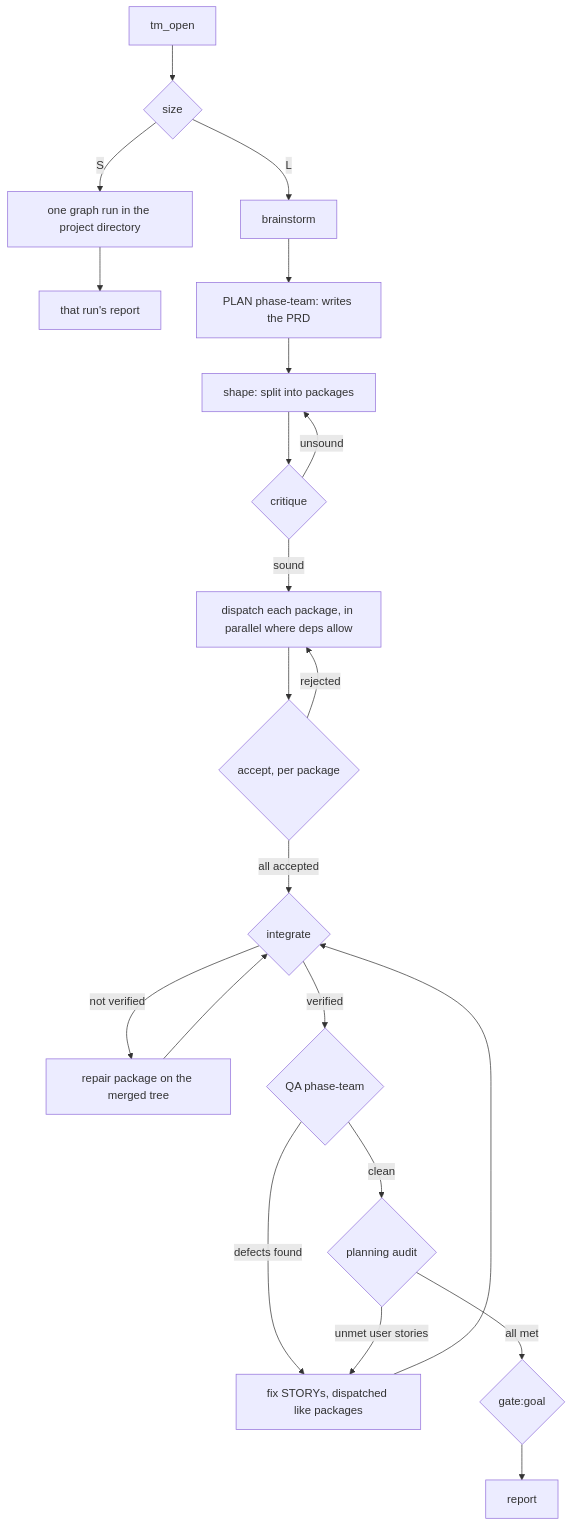
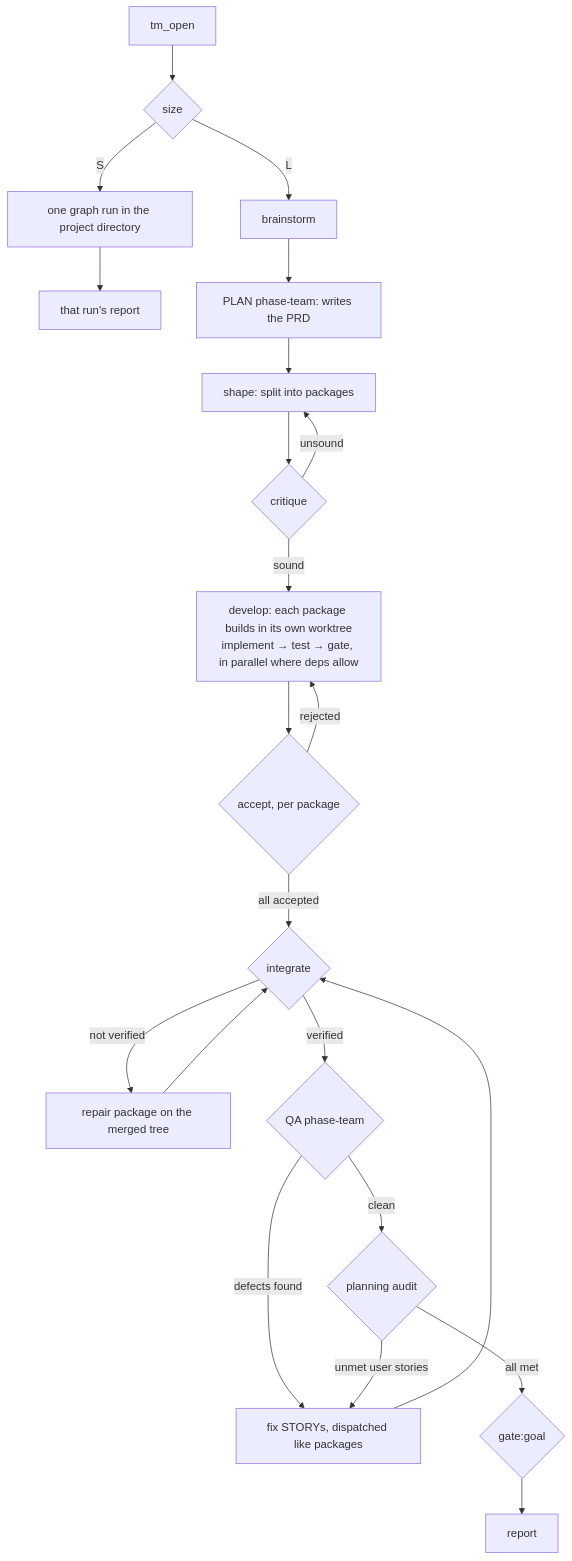
Before and after one commit to newkayak12/claude-skills: the second of 5 diagrams in teams/KOR.md, drawn with Mermaid. The commit also changed other lines of this file and 5 other files, not shown here.

````diff
--- a/teams/KOR.md
+++ b/teams/KOR.md
@@ -65,24 +65,24 @@
 ```mermaid
 flowchart TD
   OPEN["tm_open"] --> SIZE{"size"}
   SIZE -->|"S"| SRUN["one graph run in the project directory"]
   SRUN --> SREP["that run's report"]
   SIZE -->|"L"| BS["brainstorm"]
   BS --> PLAN["PLAN phase-team: writes the PRD"]
   PLAN --> SHAPE["shape: split into packages"]
   SHAPE --> CRIT{"critique"}
   CRIT -->|"unsound"| SHAPE
-  CRIT -->|"sound"| DISP["dispatch each package, in parallel where deps allow"]
+  CRIT -->|"sound"| DISP["develop: each package builds in its own worktree<br/>implement → test → gate, in parallel where deps allow"]
   DISP --> ACC{"accept, per package"}
   ACC -->|"rejected"| DISP
   ACC -->|"all accepted"| INT{"integrate"}
   INT -->|"not verified"| REPAIR["repair package on the merged tree"]
   REPAIR --> INT
   INT -->|"verified"| QA{"QA phase-team"}
   QA -->|"defects found"| FIX["fix STORYs, dispatched like packages"]
   FIX --> INT
   QA -->|"clean"| AUDIT{"planning audit"}
   AUDIT -->|"unmet user stories"| FIX
   AUDIT -->|"all met"| GOAL{"gate:goal"}
   GOAL --> REPORT["report"]
 ```
````
